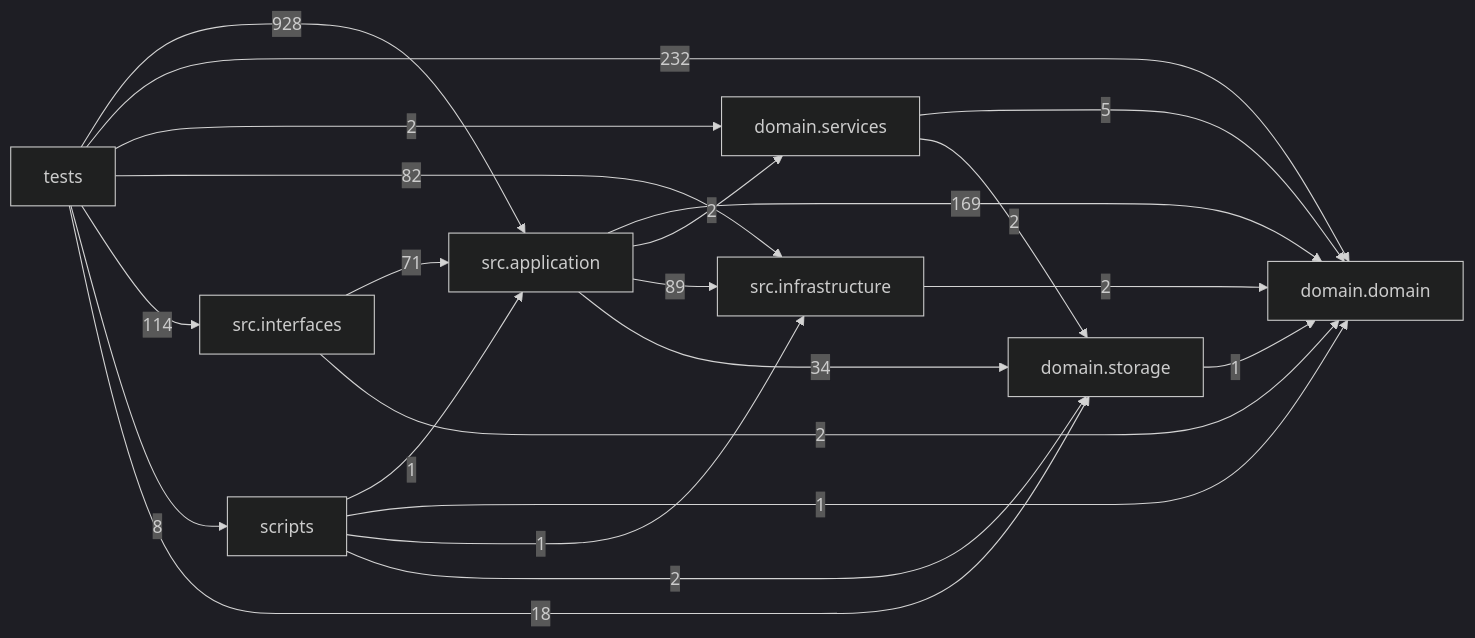
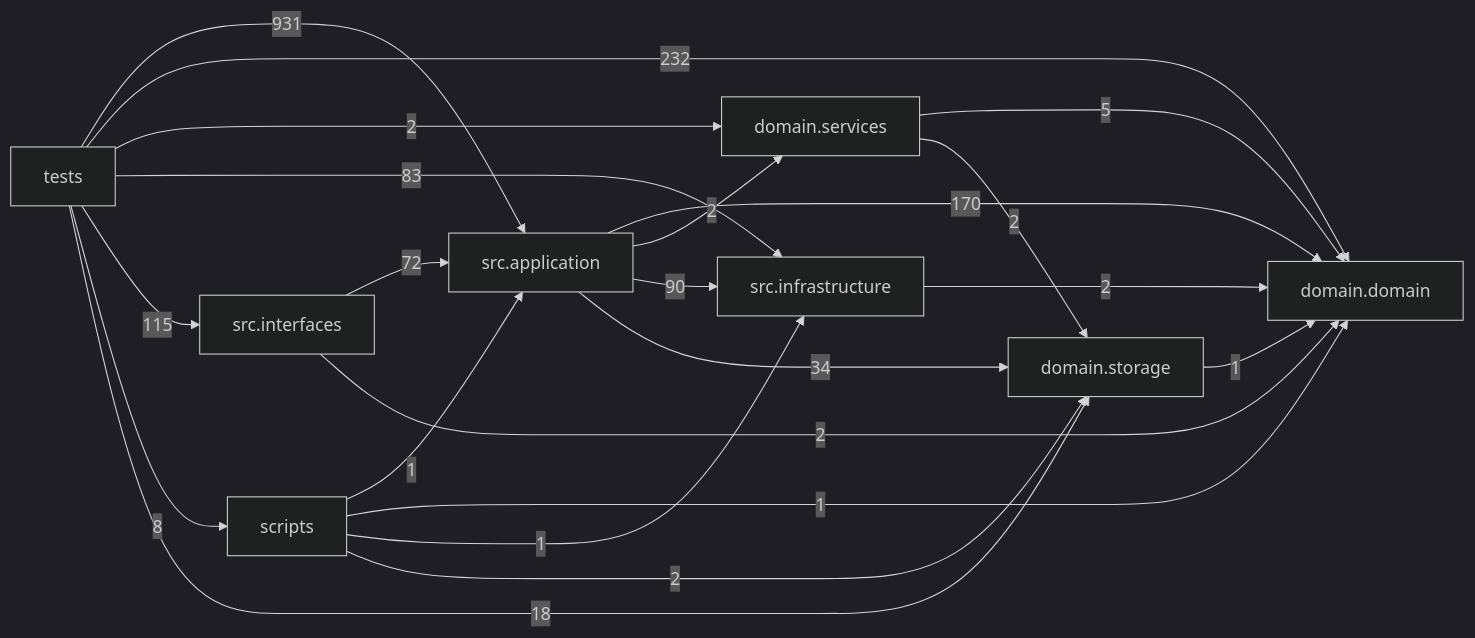
The diagram in docs/DEPENDENCY_GRAPH.md (liuxie066/options-monitor), drawn with Mermaid (dark theme) before and after one commit. The commit also changed other lines of this file and 16 other files, not shown here.

````diff
--- a/docs/DEPENDENCY_GRAPH.md
+++ b/docs/DEPENDENCY_GRAPH.md
@@ -24,32 +24,32 @@
 ```mermaid
 flowchart LR
   tests["tests"]
   scripts["scripts"]
   interfaces["src.interfaces"]
   application["src.application"]
   infrastructure["src.infrastructure"]
   domain_services["domain.services"]
   domain["domain.domain"]
   storage["domain.storage"]
-  application -->|169| domain
+  application -->|170| domain
   application -->|2| domain_services
-  application -->|89| infrastructure
+  application -->|90| infrastructure
   application -->|34| storage
   domain_services -->|5| domain
   domain_services -->|2| storage
   infrastructure -->|2| domain
-  interfaces -->|71| application
+  interfaces -->|72| application
   interfaces -->|2| domain
   scripts -->|1| application
   scripts -->|1| domain
   scripts -->|1| infrastructure
   scripts -->|2| storage
   storage -->|1| domain
-  tests -->|928| application
+  tests -->|931| application
   tests -->|232| domain
   tests -->|2| domain_services
-  tests -->|82| infrastructure
-  tests -->|114| interfaces
+  tests -->|83| infrastructure
+  tests -->|115| interfaces
   tests -->|8| scripts
   tests -->|18| storage
 ```
````
